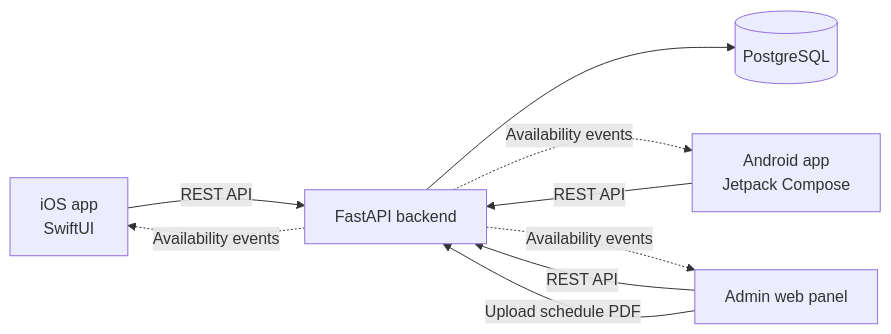
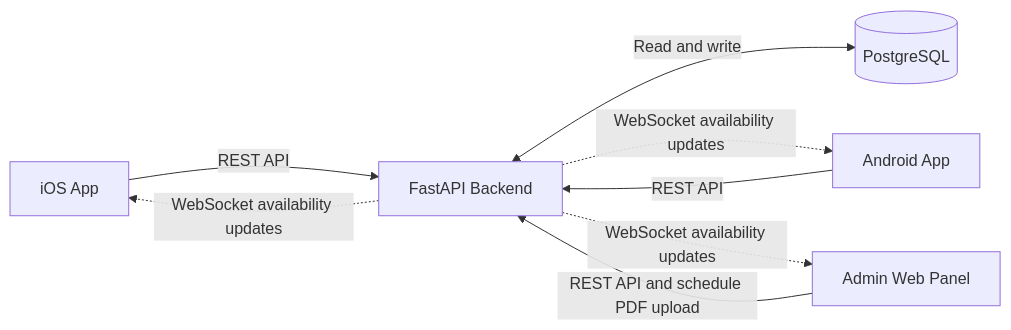
The diagram in README.md (manrooh228/aitu-booking), drawn with Mermaid before and after one commit.

````diff
--- a/README.md
+++ b/README.md
@@ -96,12 +96,12 @@
 ```mermaid
 flowchart LR
-    IOS["iOS app<br/>SwiftUI"] -->|REST API| API["FastAPI backend"]
-    ANDROID["Android app<br/>Jetpack Compose"] -->|REST API| API
-    ADMIN["Admin web panel"] -->|REST API| API
+    IOS["iOS App"] -->|"REST API"| API["FastAPI Backend"]
+    ANDROID["Android App"] -->|"REST API"| API
+    ADMIN["Admin Web Panel"] -->|"REST API and schedule PDF upload"| API
 
-    API --> DB[("PostgreSQL")]
-    ADMIN -->|Upload schedule PDF| API
-    API -.->|Availability events| IOS
-    API -.->|Availability events| ANDROID
-    API -.->|Availability events| ADMIN
+    API <-->|"Read and write"| DB[("PostgreSQL")]
+
+    API -.->|"WebSocket availability updates"| IOS
+    API -.->|"WebSocket availability updates"| ANDROID
+    API -.->|"WebSocket availability updates"| ADMIN
 ```
````
